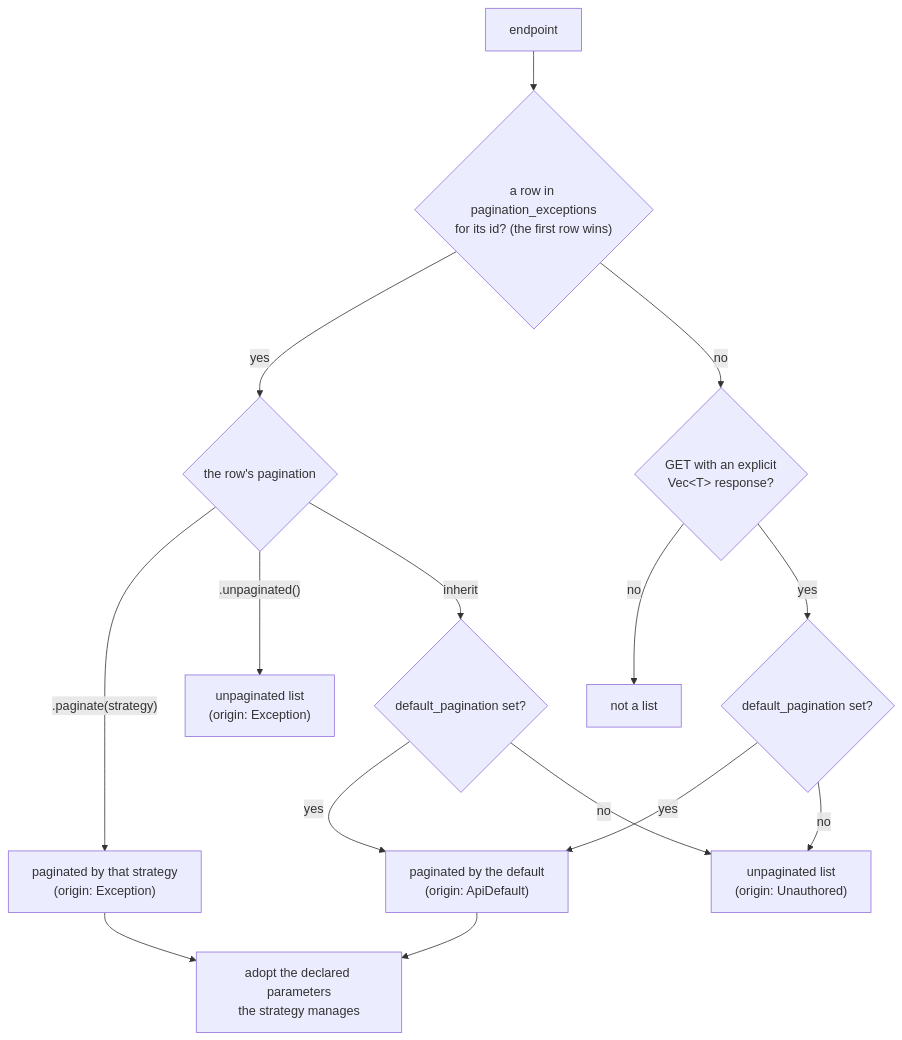
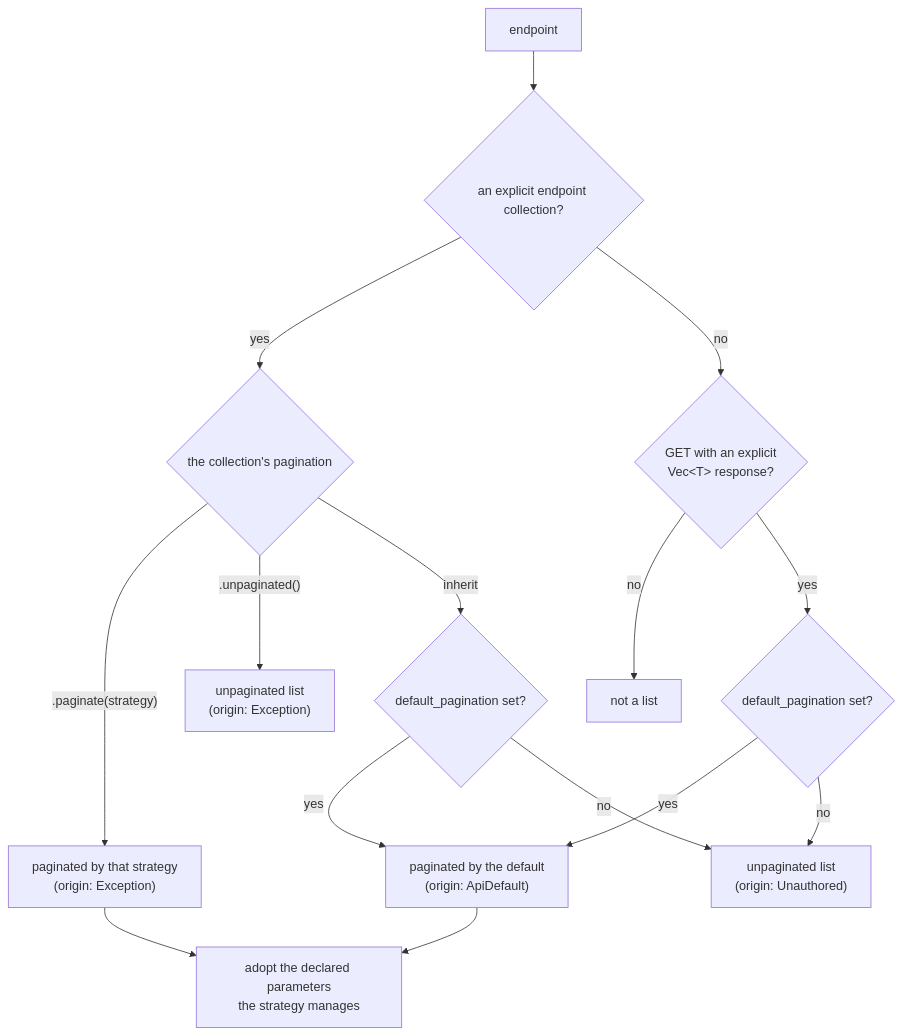
Before and after one commit to yankeeinlondon/rusty-biscuit: the third of 4 diagrams in schematic/docs/pagination.md, drawn with Mermaid. The commit also changed other lines of this file and 10 other files, not shown here.

First line of the commit message:
docs(schematic): refresh Phase 6 authoring guides and Phase 7 generation workflow

````diff
--- a/schematic/docs/pagination.md
+++ b/schematic/docs/pagination.md
@@ -571,17 +558,17 @@
 ```mermaid
 flowchart TD
-    e["endpoint"] --> row{"a row in pagination_exceptions<br/>for its id? (the first row wins)"}
-    row -->|yes| kind{"the row's pagination"}
+    e["endpoint"] --> row{"an explicit endpoint collection?"}
+    row -->|yes| kind{"the collection's pagination"}
     kind -->|".paginate(strategy)"| explicit["paginated by that strategy<br/>(origin: Exception)"]
     kind -->|".unpaginated()"| optout["unpaginated list<br/>(origin: Exception)"]
     kind -->|inherit| d1{"default_pagination set?"}
     row -->|no| get{"GET with an explicit<br/>Vec&lt;T&gt; response?"}
     get -->|no| none["not a list"]
     get -->|yes| d2{"default_pagination set?"}
     d1 -->|yes| inherited["paginated by the default<br/>(origin: ApiDefault)"]
     d2 -->|yes| inherited
     d1 -->|no| unauthored["unpaginated list<br/>(origin: Unauthored)"]
     d2 -->|no| unauthored
     explicit --> adopt["adopt the declared parameters<br/>the strategy manages"]
     inherited --> adopt
 ```
````
